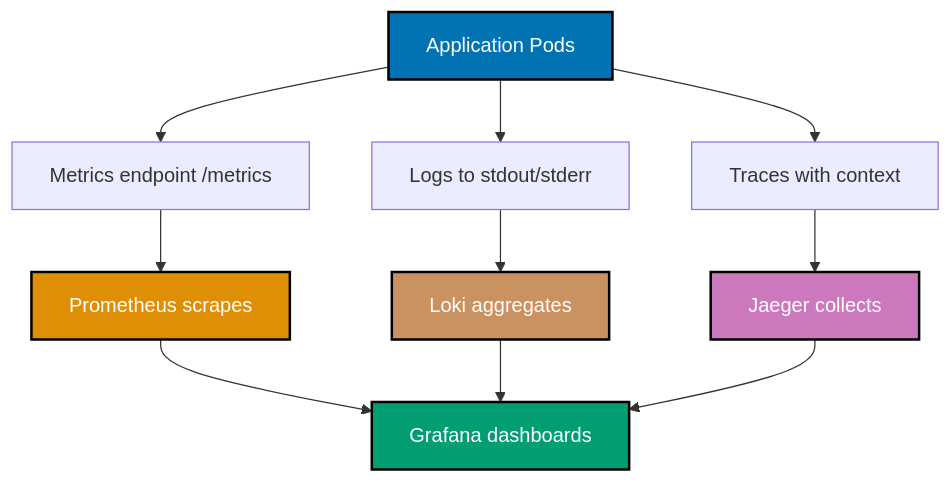
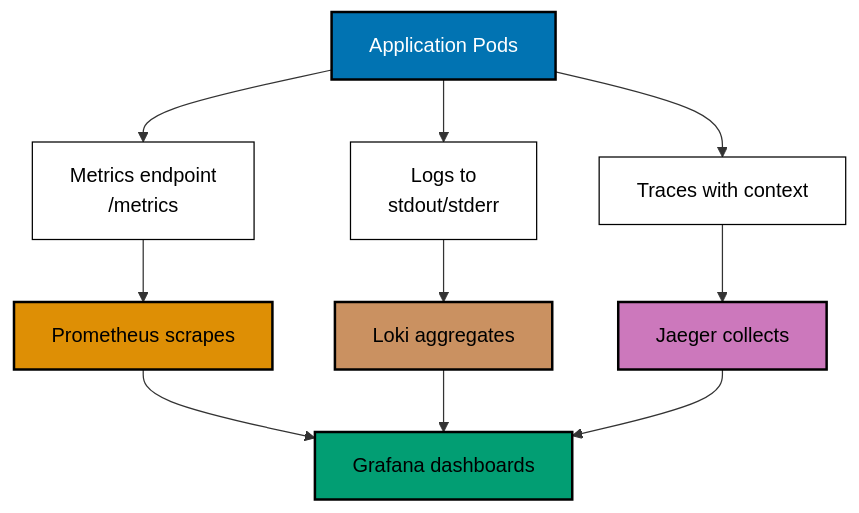
Before and after one commit to wahidyankf/ose-public: diagram 14 of 14 in apps/ayokoding-www/content/en/learn/legacy/software-engineering/infrastructure/tools/kubernetes/by-example/advanced.md, drawn with Mermaid. The commit also changed other lines of this file and 131 other files, not shown here.

First line of the commit message:
fix(mermaid): bring the legacy data, infrastructure, and testing diagrams onto the accessible palette

````diff
--- a/apps/ayokoding-www/content/en/learn/legacy/software-engineering/infrastructure/tools/kubernetes/by-example/advanced.md
+++ b/apps/ayokoding-www/content/en/learn/legacy/software-engineering/infrastructure/tools/kubernetes/by-example/advanced.md
@@ -3496,20 +3585,28 @@
 ```mermaid
 %% Color Palette: Blue #0173B2, Orange #DE8F05, Teal #029E73, Purple #CC78BC, Brown #CA9161
 %% Observability stack
 graph TD
- A[Application Pods] --> B[Metrics endpoint /metrics]
- A --> C[Logs to stdout/stderr]
+ accTitle: Example 84: Production Monitoring and Observability
+ accDescr: Graph with 8 nodes and 9 connections. Nodes: Application Pods, Metrics endpoint /metrics, Logs to stdout/stderr, Traces with context, Prometheus scrapes, Loki aggregates, Jaeger collects, Grafana dashboards. Connections: Application Pods to Metrics endpoint /metrics, Application Pods to Logs to stdout/stderr, Application Pods to Traces with context, Metrics endpoint /metrics to Prometheus scrapes, Logs to stdout/stderr to Loki aggregates, Traces with context to Jaeger collects, Prometheus scrapes to Grafana dashboards, Loki aggregates to Grafana dashboards, Jaeger collects to Grafana dashboards.
+ A[Application Pods] --> B[Metrics endpoint<br/>/metrics]
+ A --> C[Logs to<br/>stdout/stderr]
  A --> D[Traces with context]
  B --> E[Prometheus scrapes]
  C --> F[Loki aggregates]
  D --> G[Jaeger collects]
  E --> H[Grafana dashboards]
  F --> H
  G --> H
 
- style A fill:#0173B2,stroke:#000000,stroke-width:2px,color:#fff
- style E fill:#DE8F05,stroke:#000000,stroke-width:2px,color:#fff
- style F fill:#CA9161,stroke:#000000,stroke-width:2px,color:#fff
- style G fill:#CC78BC,stroke:#000000,stroke-width:2px,color:#fff
- style H fill:#029E73,stroke:#000000,stroke-width:2px,color:#fff
+ classDef pal-0173B2 fill:#0173B2,stroke:#000000,color:#FFFFFF,stroke-width:2px
+ class A pal-0173B2
+ classDef pal-DE8F05 fill:#DE8F05,stroke:#000000,color:#000000,stroke-width:2px
+ class E pal-DE8F05
+ classDef pal-CA9161 fill:#CA9161,stroke:#000000,color:#000000,stroke-width:2px
+ class F pal-CA9161
+ classDef pal-CC78BC fill:#CC78BC,stroke:#000000,color:#000000,stroke-width:2px
+ class G pal-CC78BC
+ classDef pal-029E73 fill:#029E73,stroke:#000000,color:#000000,stroke-width:2px
+ class H pal-029E73
+ classDef default fill:#FFFFFF,stroke:#000000,color:#000000
 ```
````
